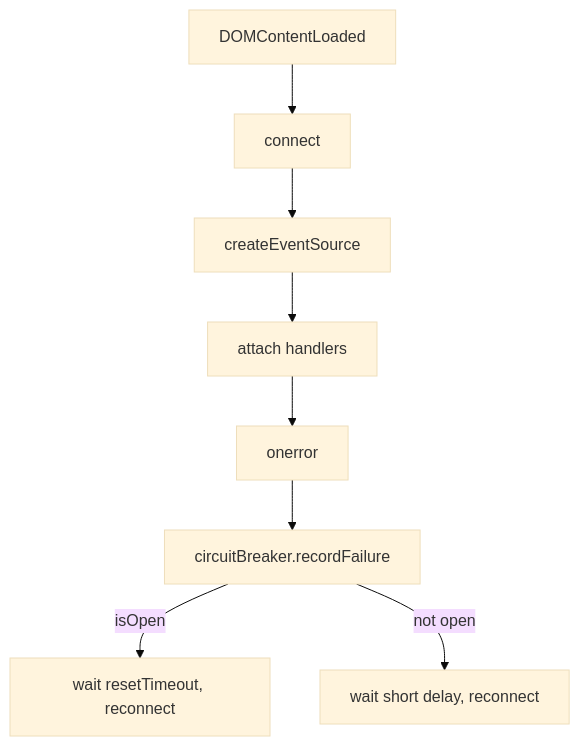
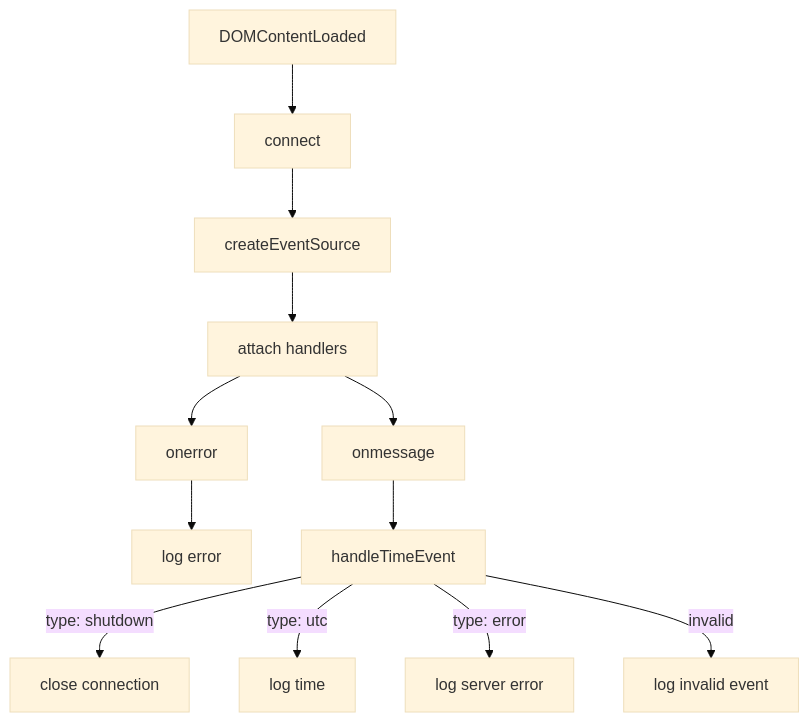
The diagram in public/javascripts/time.mmd (jeffcaradona/server-sent-events), drawn with Mermaid (base theme) before and after one commit.

Commit message:
Updates to flowchart

```diff
--- a/public/javascripts/time.mmd
+++ b/public/javascripts/time.mmd
@@ -1,8 +1,12 @@
 flowchart TD
     A[DOMContentLoaded] --> B[connect]
     B --> C[createEventSource]
     C --> D[attach handlers]
     D --> E[onerror]
-    E --> F[circuitBreaker.recordFailure]
-    F -->|isOpen| G[wait resetTimeout, reconnect]
-    F -->|not open| H[wait short delay, reconnect]
+    E --> F[log error]
+    D --> G[onmessage]
+    G --> H[handleTimeEvent]
+    H -->|type: shutdown| I[close connection]
+    H -->|type: utc| J[log time]
+    H -->|type: error| K[log server error]
+    H -->|invalid| L[log invalid event]
```
